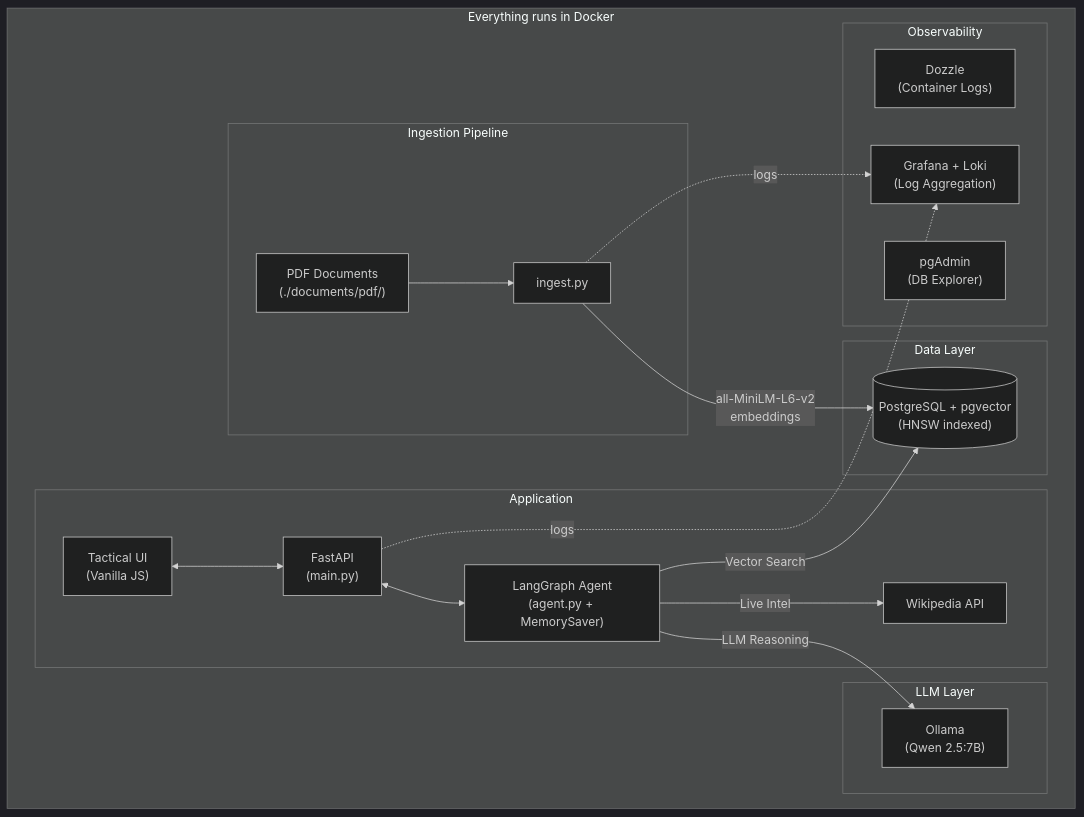
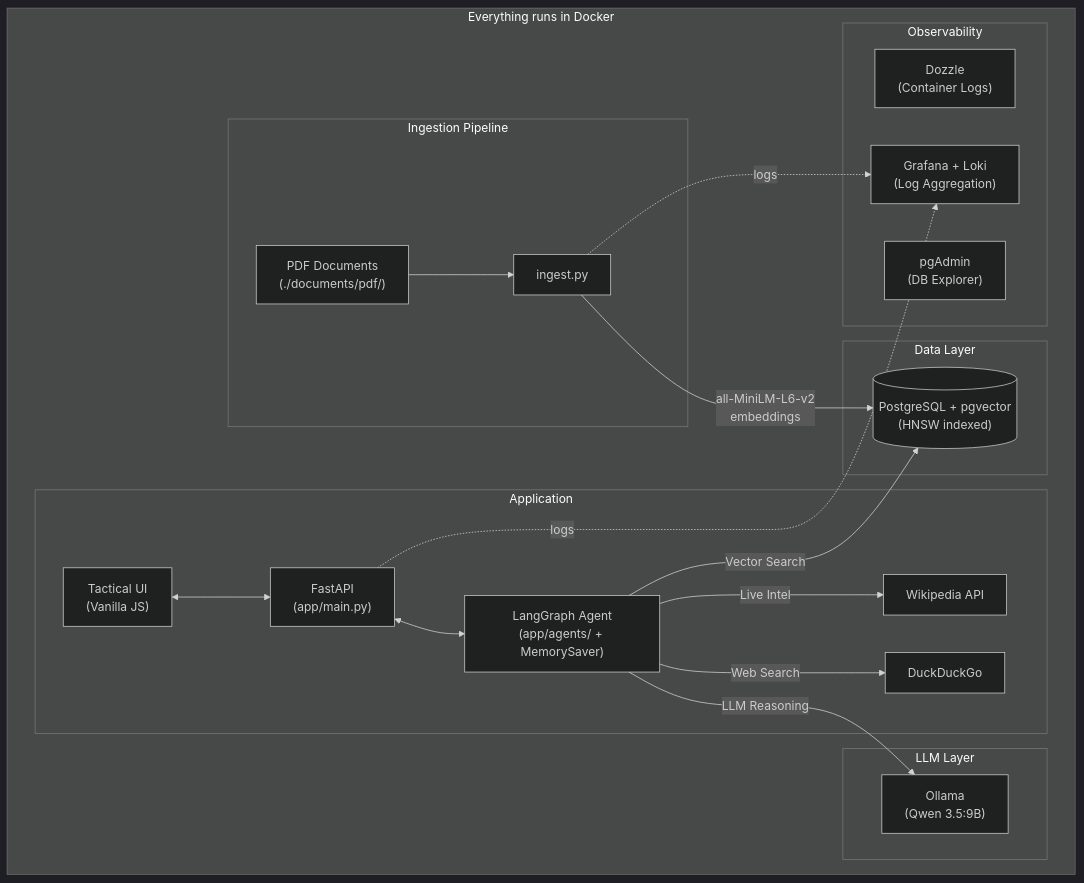
The diagram in README.md (fbaierl/geo-vision-lab), drawn with Mermaid before and after one commit. The commit also changed other lines of this file and 3 other files, not shown here.

````diff
--- a/README.md
+++ b/README.md
@@ -33,35 +33,36 @@
 ```mermaid
 %%{init: {'theme': 'dark'}}%%
 graph TD
     subgraph Docker ["Everything runs in Docker"]
         subgraph Data ["Data Layer"]
             PG[("PostgreSQL + pgvector\n(HNSW indexed)")]
         end
 
         subgraph LLM ["LLM Layer"]
-            OL["Ollama\n(Qwen 2.5:7B)"]
+            OL["Ollama\n(Qwen 3.5:9B)"]
         end
 
         subgraph Ingestion ["Ingestion Pipeline"]
             PDF["PDF Documents\n(./documents/pdf/)"] --> ING["ingest.py"]
             ING -->|"all-MiniLM-L6-v2\nembeddings"| PG
         end
 
         subgraph App ["Application"]
-            UI["Tactical UI\n(Vanilla JS)"] <--> API["FastAPI\n(main.py)"]
-            API <--> AGENT["LangGraph Agent\n(agent.py + MemorySaver)"]
+            UI["Tactical UI\n(Vanilla JS)"] <--> API["FastAPI\n(app/main.py)"]
+            API <--> AGENT["LangGraph Agent\n(app/agents/ + MemorySaver)"]
             AGENT -->|"Vector Search"| PG
             AGENT -->|"LLM Reasoning"| OL
             AGENT -->|"Live Intel"| WEB["Wikipedia API"]
+            AGENT -->|"Web Search"| DDG["DuckDuckGo"]
         end
 
         subgraph Ops ["Observability"]
             DZ["Dozzle\n(Container Logs)"]
             GF["Grafana + Loki\n(Log Aggregation)"]
             PA["pgAdmin\n(DB Explorer)"]
         end
     end
 
     API -.->|"logs"| GF
     ING -.->|"logs"| GF
 ```
````
